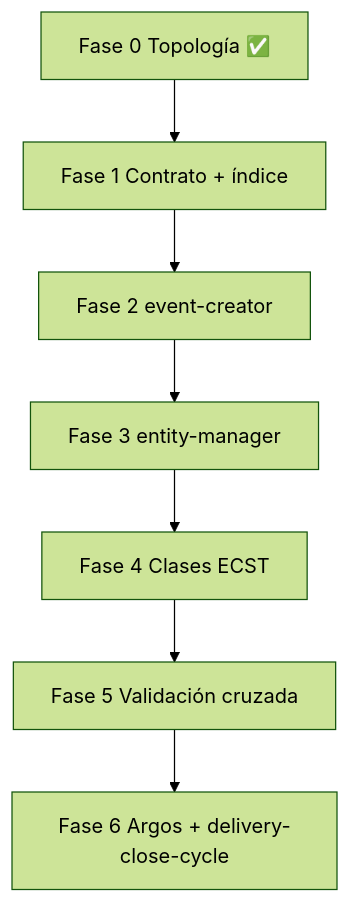
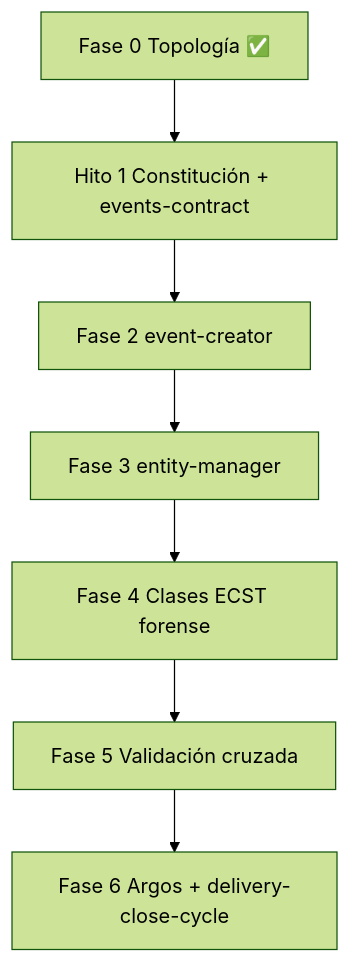
Before and after one commit to racso80es/SddIA: the diagram in docs/features/ola-c-event-entity/plan.md, drawn with Mermaid (forest theme). The commit also changed other lines of this file and 3 other files, not shown here.

Commit message:
docs(feature): planificacion v2 Ola C ? docs/events, forense ECST e Hito 1

````diff
--- a/docs/features/ola-c-event-entity/plan.md
+++ b/docs/features/ola-c-event-entity/plan.md
@@ -240,9 +295,9 @@
 ```mermaid
 flowchart TD
-  F0[Fase 0 Topología ✅] --> F1[Fase 1 Contrato + índice]
-  F1 --> F2[Fase 2 event-creator]
+  F0[Fase 0 Topología ✅] --> H1[Hito 1 Constitución + events-contract]
+  H1 --> F2[Fase 2 event-creator]
   F2 --> F3[Fase 3 entity-manager]
-  F3 --> F4[Fase 4 Clases ECST]
+  F3 --> F4[Fase 4 Clases ECST forense]
   F4 --> F5[Fase 5 Validación cruzada]
   F5 --> F6[Fase 6 Argos + delivery-close-cycle]
 ```
````
